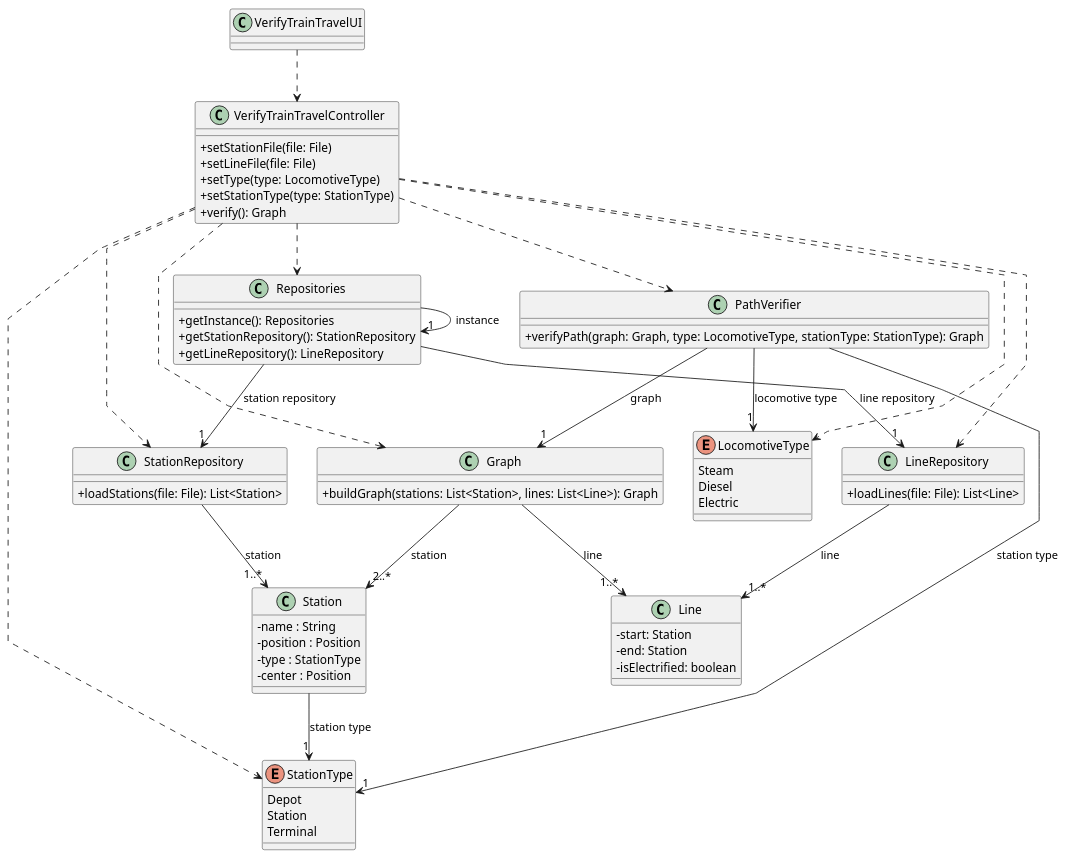
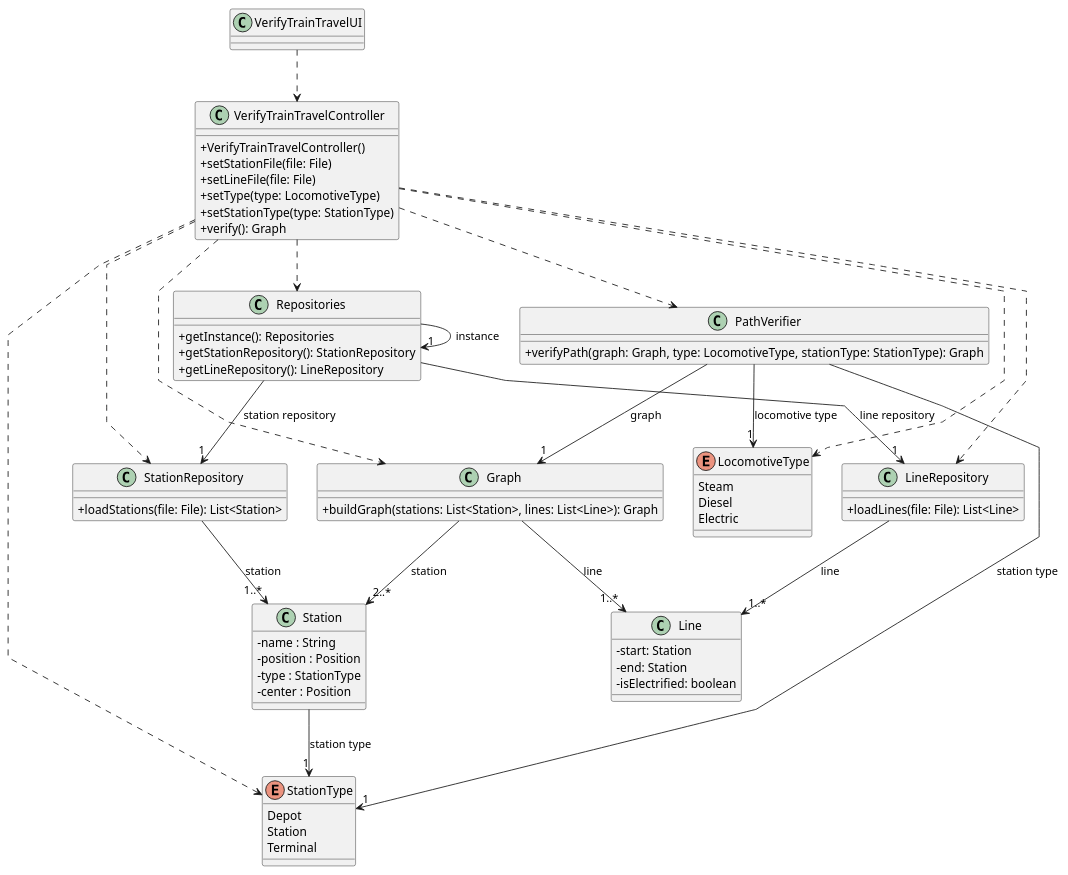
One commit to 1240935/pi2-railway-simulator changed the diagram in Sprint2/US013/03.design/puml/US013-CD.puml. Above: the diagram before and after it, drawn with PlantUML. The commit also changed 32 other files, not shown here.

```diff
--- a/Sprint2/US013/03.design/puml/US013-CD.puml
+++ b/Sprint2/US013/03.design/puml/US013-CD.puml
@@ -1,92 +1,93 @@
 @startuml
 'skinparam monochrome true
 skinparam packageStyle rectangle
 skinparam shadowing false
 skinparam linetype polyline
 'skinparam linetype orto
 
 skinparam classAttributeIconSize 0
 
 'left to right direction
 
 class VerifyTrainTravelUI {
 }
 
 class VerifyTrainTravelController {
+  +VerifyTrainTravelController()
   +setStationFile(file: File)
   +setLineFile(file: File)
   +setType(type: LocomotiveType)
   +setStationType(type: StationType)
   +verify(): Graph
 }
 
 class Station {
   -name : String
   -position : Position
   -type : StationType
   -center : Position
 }
 
 class Line {
   -start: Station
   -end: Station
   -isElectrified: boolean
 }
 
 enum LocomotiveType {
   Steam
   Diesel
   Electric
 }
 
 enum StationType {
   Depot
   Station
   Terminal
 }
 
 class Graph {
   +buildGraph(stations: List<Station>, lines: List<Line>): Graph
 }
 
 class PathVerifier {
   +verifyPath(graph: Graph, type: LocomotiveType, stationType: StationType): Graph
 }
 
 class Repositories {
   +getInstance(): Repositories
   +getStationRepository(): StationRepository
   +getLineRepository(): LineRepository
 }
 
 class StationRepository {
   +loadStations(file: File): List<Station>
 }
 
 class LineRepository {
   +loadLines(file: File): List<Line>
 }
 
 VerifyTrainTravelUI ..> VerifyTrainTravelController
 VerifyTrainTravelController ..> StationRepository
 VerifyTrainTravelController ..> LineRepository
 VerifyTrainTravelController ..> Graph
 VerifyTrainTravelController ..> PathVerifier
 VerifyTrainTravelController ..> LocomotiveType
 VerifyTrainTravelController ..> StationType
 VerifyTrainTravelController ..> Repositories
 
 Repositories -> "1" Repositories : instance
 Repositories --> "1" StationRepository : station repository
 Repositories --> "1" LineRepository : line repository
 
 StationRepository --> "1..*" Station : station
 LineRepository --> "1..*" Line : line
 Graph --> "2..*" Station : station
 Graph --> "1..*" Line : line
 PathVerifier --> "1" Graph :graph
 PathVerifier --> "1" LocomotiveType : locomotive type
 PathVerifier --> "1" StationType : station type
 Station --> "1" StationType : station type
 
 @enduml
```
